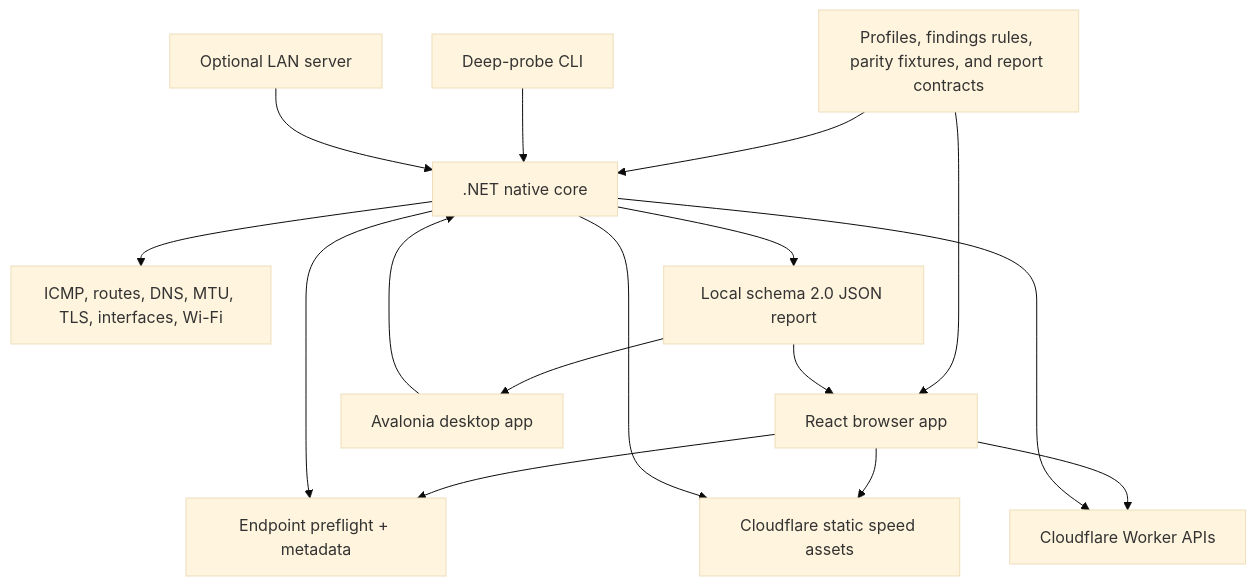
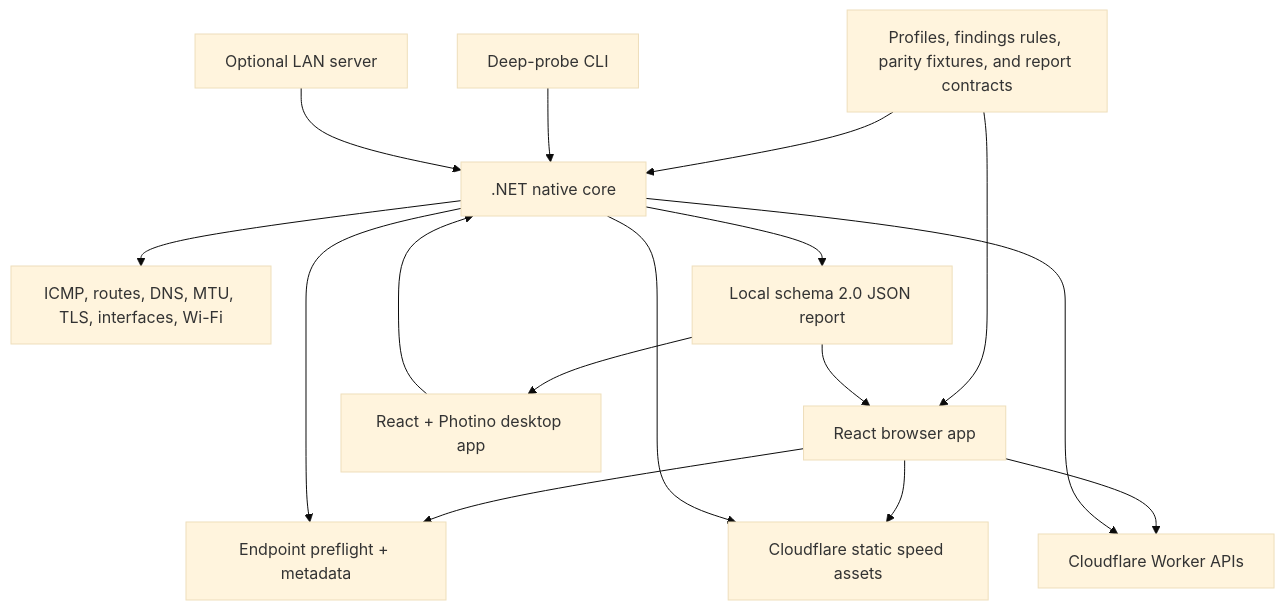
The diagram in README.md (JohnnyZLi/Network-Diagnostics-Suite), drawn with Mermaid (base theme) before and after one commit. The commit also changed other lines of this file and 6 other files, not shown here.

Commit message:
Document Photino desktop and add release downloads (#165)

````diff
--- a/README.md
+++ b/README.md
@@ -85,18 +99,18 @@
 ```mermaid
 flowchart TD
     Contract["Profiles, findings rules, parity fixtures, and report contracts"] --> Browser["React browser app"]
     Contract --> Core[".NET native core"]
     Browser --> Preflight["Endpoint preflight + metadata"]
     Browser --> Assets["Cloudflare static speed assets"]
     Browser --> Worker["Cloudflare Worker APIs"]
-    Desktop["Avalonia desktop app"] --> Core
+    Desktop["React + Photino desktop app"] --> Core
     CLI["Deep-probe CLI"] --> Core
     Core --> Preflight
     Core --> Assets
     Core --> Worker
     Core --> OS["ICMP, routes, DNS, MTU, TLS, interfaces, Wi-Fi"]
     LanServer["Optional LAN server"] --> Core
     Core --> Report["Local schema 2.0 JSON report"]
     Report --> Desktop
     Report --> Browser
 ```
````
